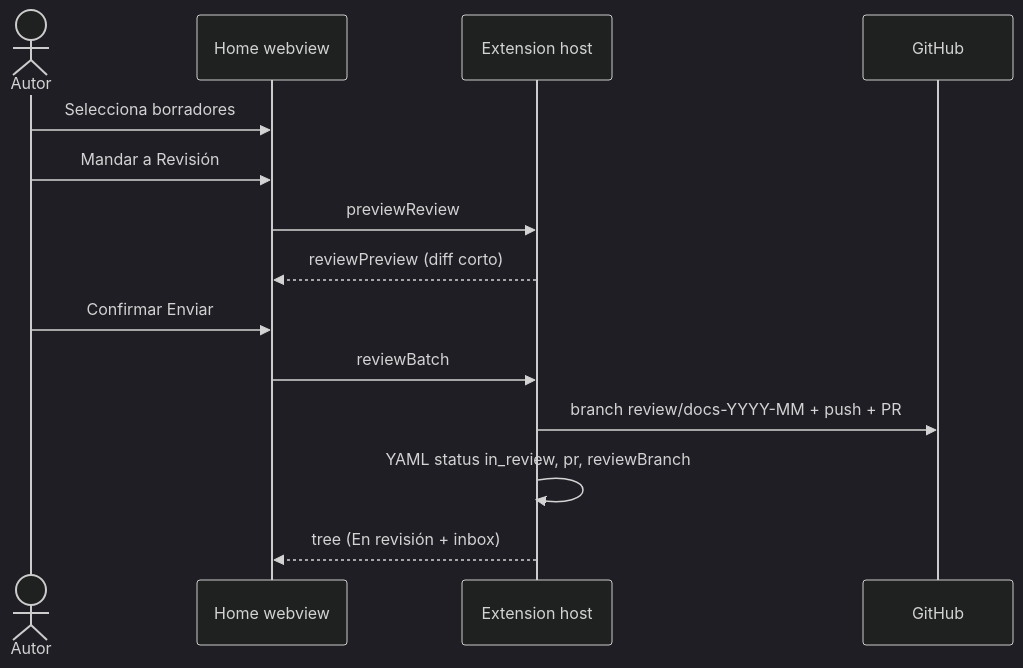
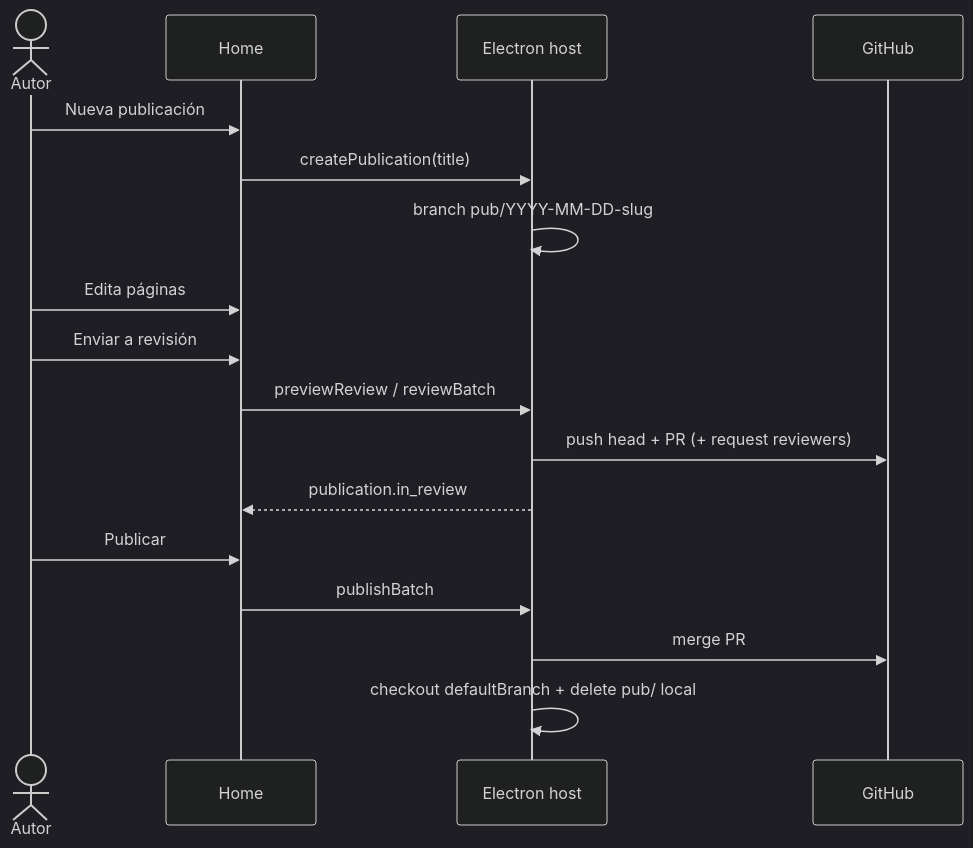
The third of 11 diagrams in docs/FLOWS.md (SaulMoreyra/slash-md), drawn with Mermaid (dark theme) before and after one commit. The commit also changed other lines of this file and 671 other files, not shown here.

Commit message:
feat: create review process with merge conflicts

````diff
--- a/docs/FLOWS.md
+++ b/docs/FLOWS.md
@@ -63,17 +65,20 @@
 ```mermaid
 sequenceDiagram
   actor U as Autor
-  participant H as Home webview
-  participant X as Extension host
+  participant H as Home
+  participant X as Electron host
   participant GH as GitHub
 
-  U->>H: Selecciona borradores
-  U->>H: Mandar a Revisión
-  H->>X: previewReview
-  X-->>H: reviewPreview (diff corto)
-  U->>H: Confirmar Enviar
-  H->>X: reviewBatch
-  X->>GH: branch review/docs-YYYY-MM + push + PR
-  X->>X: YAML status in_review, pr, reviewBranch
-  X-->>H: tree (En revisión + inbox)
+  U->>H: Nueva publicación
+  H->>X: createPublication(title)
+  X->>X: branch pub/YYYY-MM-DD-slug
+  U->>H: Edita páginas
+  U->>H: Enviar a revisión
+  H->>X: previewReview / reviewBatch
+  X->>GH: push head + PR (+ request reviewers)
+  X-->>H: publication.in_review
+  U->>H: Publicar
+  H->>X: publishBatch
+  X->>GH: merge PR
+  X->>X: checkout defaultBranch + delete pub/ local
 ```
````
